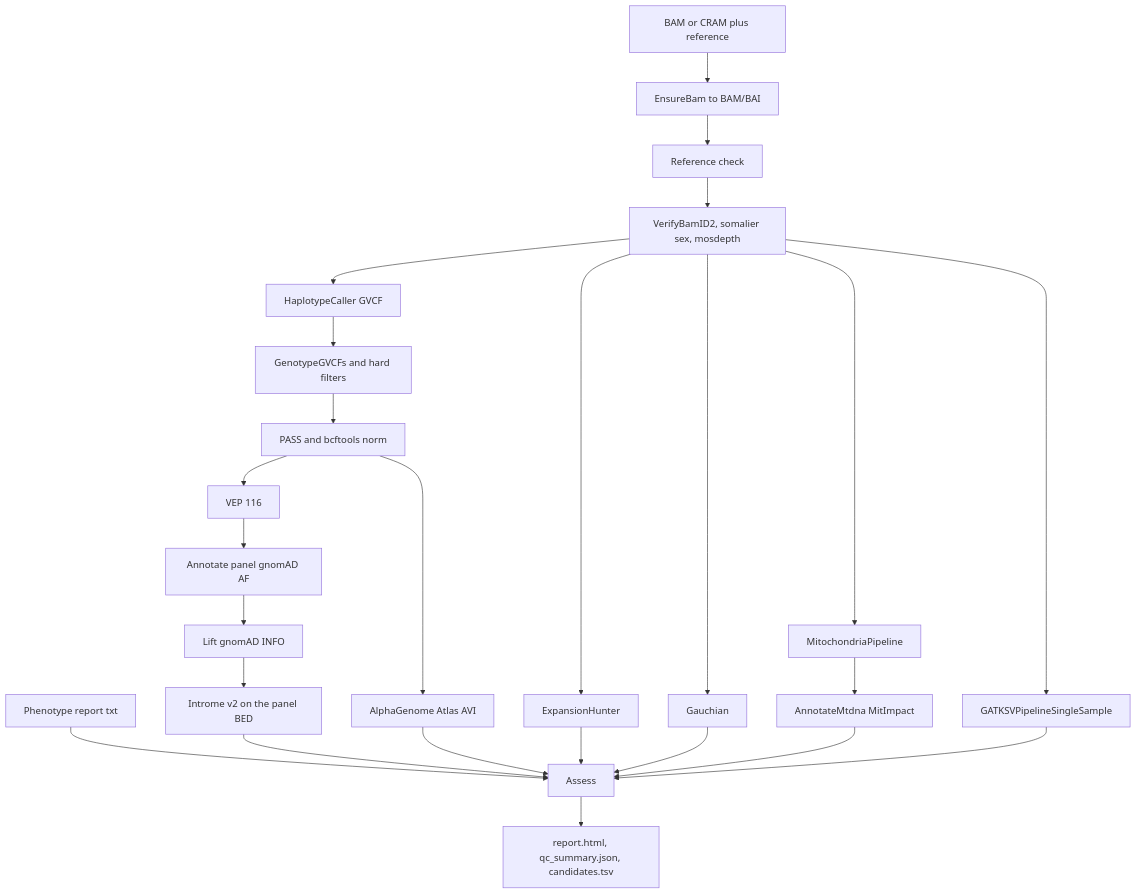
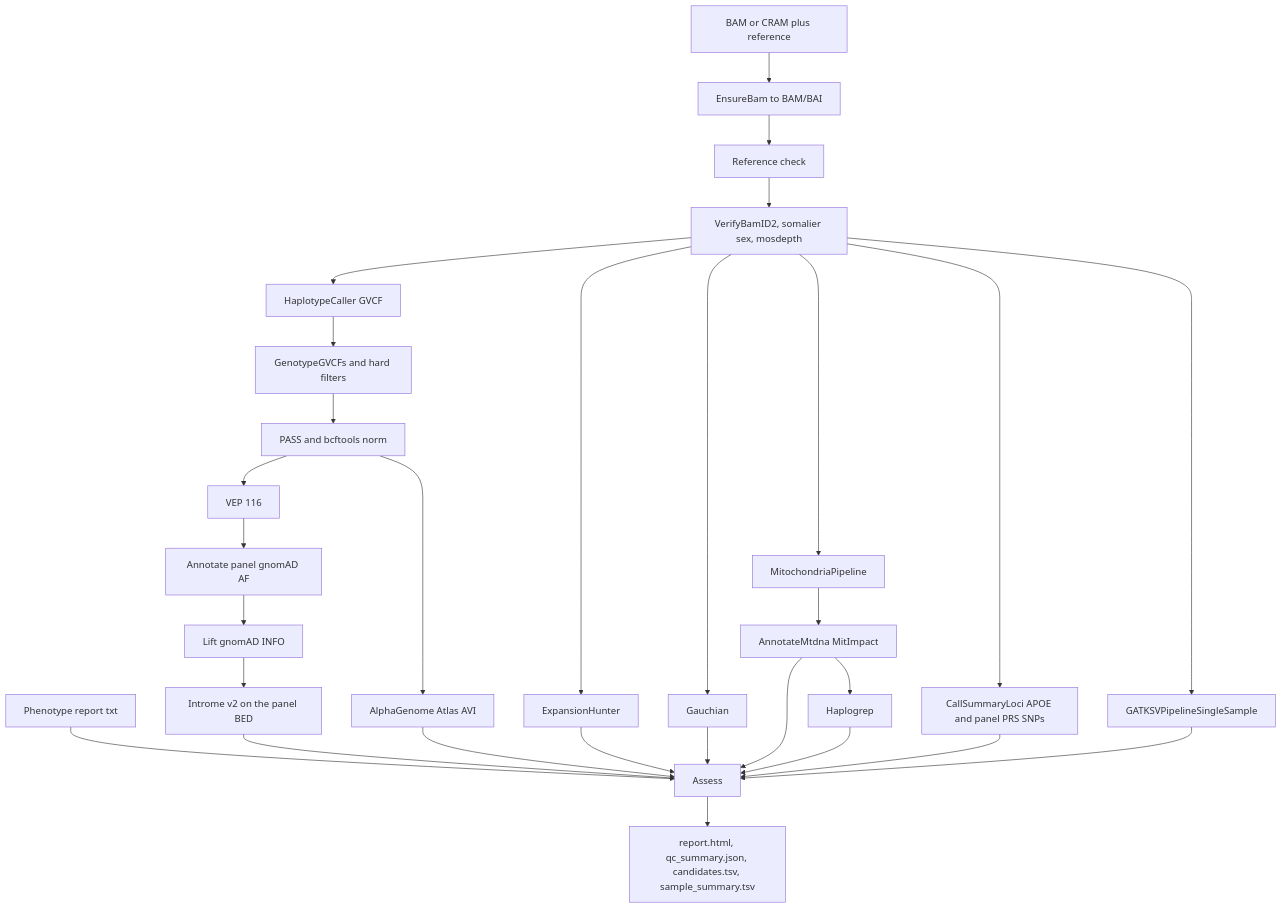
Before and after one commit to gqworks/pdsample-terra: the first of 2 diagrams in README.md, drawn with Mermaid. The commit also changed other lines of this file and 18 other files, not shown here.

First line of the commit message:
Add per-sample APOE, haplogroup, panel PRS, and mean MLC summary.

````diff
--- a/README.md
+++ b/README.md
@@ -5,27 +5,31 @@
 ```mermaid
 flowchart TD
   bam[BAM or CRAM plus reference] --> ensure[EnsureBam to BAM/BAI]
   ensure --> check[Reference check]
   check --> qc[VerifyBamID2, somalier sex, mosdepth]
   qc --> hc[HaplotypeCaller GVCF]
   hc --> gt[GenotypeGVCFs and hard filters]
   gt --> norm[PASS and bcftools norm]
   norm --> vep[VEP 116]
   vep --> gnomadAf[Annotate panel gnomAD AF]
   gnomadAf --> lift[Lift gnomAD INFO]
   lift --> introme[Introme v2 on the panel BED]
   norm --> avi[AlphaGenome Atlas AVI]
   qc --> eh[ExpansionHunter]
   qc --> gba[Gauchian]
   qc --> mito[MitochondriaPipeline]
   mito --> mitoAnn[AnnotateMtdna MitImpact]
+  mitoAnn --> haplo[Haplogrep]
+  qc --> summaryLoci[CallSummaryLoci APOE and panel PRS SNPs]
   qc --> gatksv[GATKSVPipelineSingleSample]
   pheno[Phenotype report txt] --> assess[Assess]
   introme --> assess
   avi --> assess
   eh --> assess
   gba --> assess
   mitoAnn --> assess
+  haplo --> assess
+  summaryLoci --> assess
   gatksv --> assess
-  assess --> row[report.html, qc_summary.json, candidates.tsv]
+  assess --> row[report.html, qc_summary.json, candidates.tsv, sample_summary.tsv]
 ```
````
